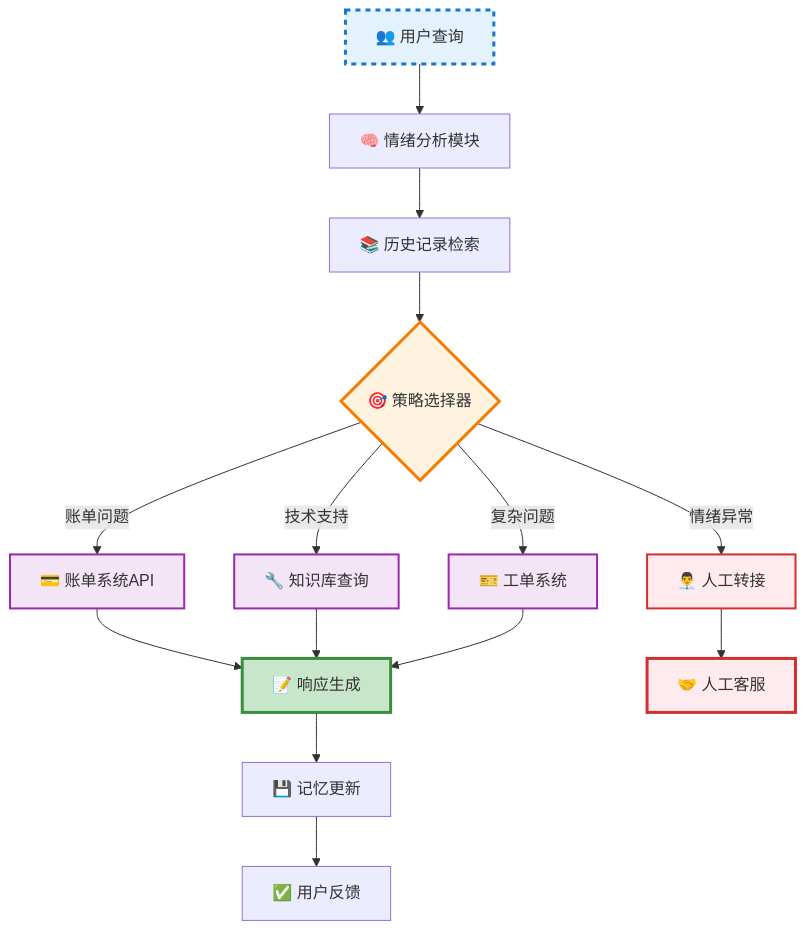
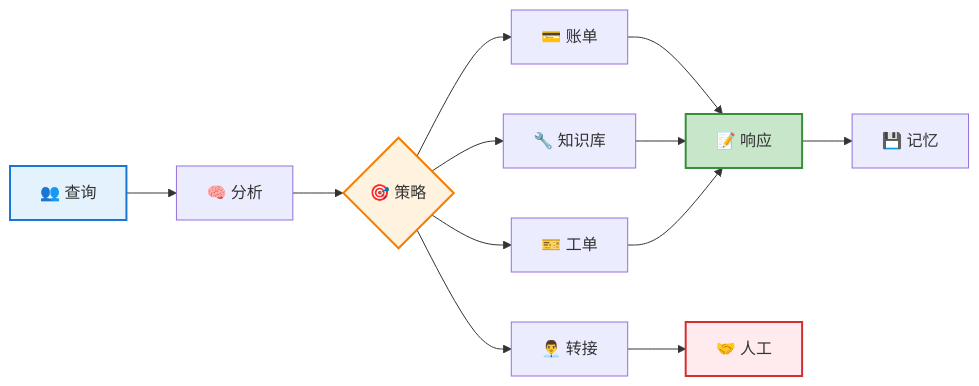
Before and after one commit to yxzf/claude-code-guide: the ninth of 10 diagrams in agent/AI_Agent_完整入门指南.md, drawn with Mermaid. The commit also changed other lines of this file, not shown here.

First line of the commit message:
压缩架构图尺寸并简化箭头布局

````diff
--- a/agent/AI_Agent_完整入门指南.md
+++ b/agent/AI_Agent_完整入门指南.md
@@ -748,28 +748,22 @@
 ```mermaid
-graph TD
-    A[👥 用户查询] --> B[🧠 情绪分析模块]
-    B --> C[📚 历史记录检索]
-    C --> D{🎯 策略选择器}
+graph LR
+    A[👥 查询] --> B[🧠 分析]
+    B --> C{🎯 策略}
     
-    D -->|账单问题| E[💳 账单系统API]
-    D -->|技术支持| F[🔧 知识库查询]
-    D -->|复杂问题| G[🎫 工单系统]
-    D -->|情绪异常| H[👨‍💼 人工转接]
+    C --> D[💳 账单]
+    C --> E[🔧 知识库]
+    C --> F[🎫 工单]
+    C --> G[👨‍💼 转接]
     
-    E --> I[📝 响应生成]
-    F --> I
-    G --> I
-    H --> J[🤝 人工客服]
+    D --> H[📝 响应]
+    E --> H
+    F --> H
     
-    I --> K[💾 记忆更新]
-    K --> L[✅ 用户反馈]
+    H --> I[💾 记忆]
+    G --> J[🤝 人工]
     
-    style A fill:#e3f2fd,stroke:#1976d2,stroke-width:3px,stroke-dasharray: 5 5
-    style D fill:#fff3e0,stroke:#f57c00,stroke-width:3px
-    style I fill:#c8e6c9,stroke:#388e3c,stroke-width:3px
-    style J fill:#ffebee,stroke:#d32f2f,stroke-width:3px
-    style E fill:#f3e5f5,stroke:#9c27b0,stroke-width:2px
-    style F fill:#f3e5f5,stroke:#9c27b0,stroke-width:2px
-    style G fill:#f3e5f5,stroke:#9c27b0,stroke-width:2px
-    style H fill:#ffebee,stroke:#d32f2f,stroke-width:2px
+    style A fill:#e3f2fd,stroke:#1976d2,stroke-width:2px
+    style C fill:#fff3e0,stroke:#f57c00,stroke-width:2px
+    style H fill:#c8e6c9,stroke:#388e3c,stroke-width:2px
+    style J fill:#ffebee,stroke:#d32f2f,stroke-width:2px
 ```
````
